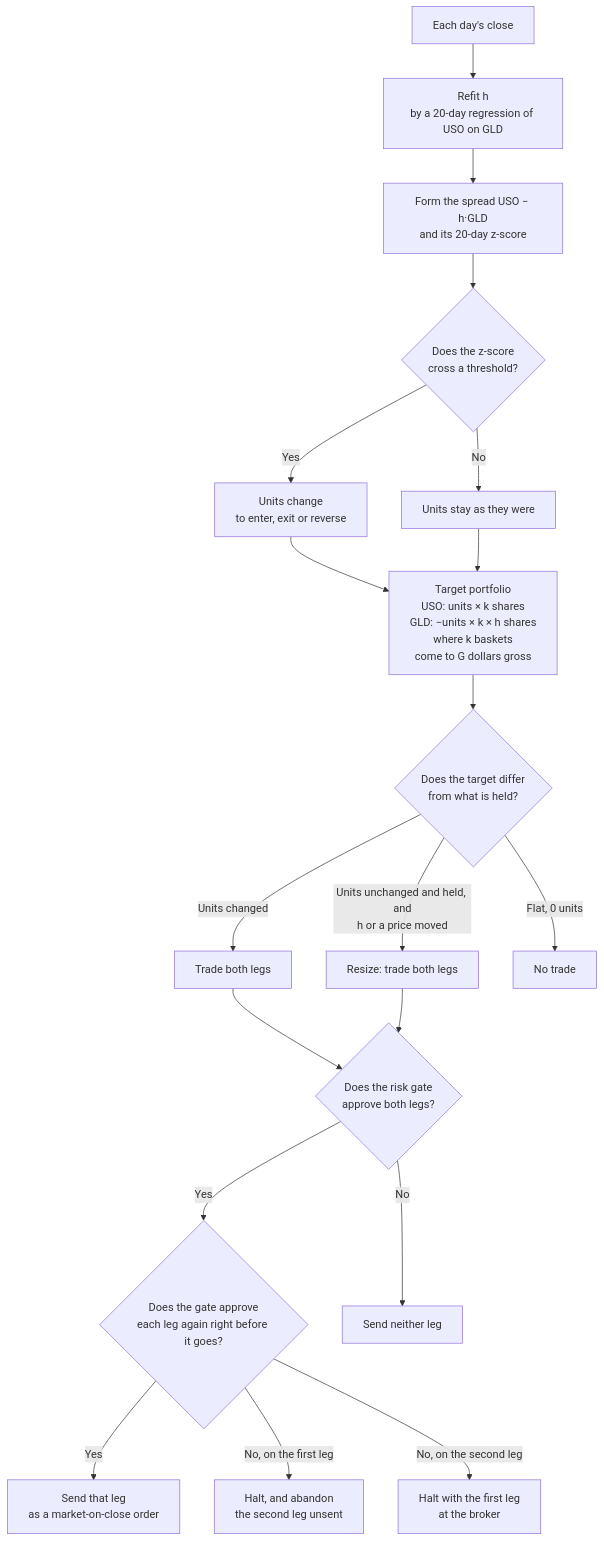
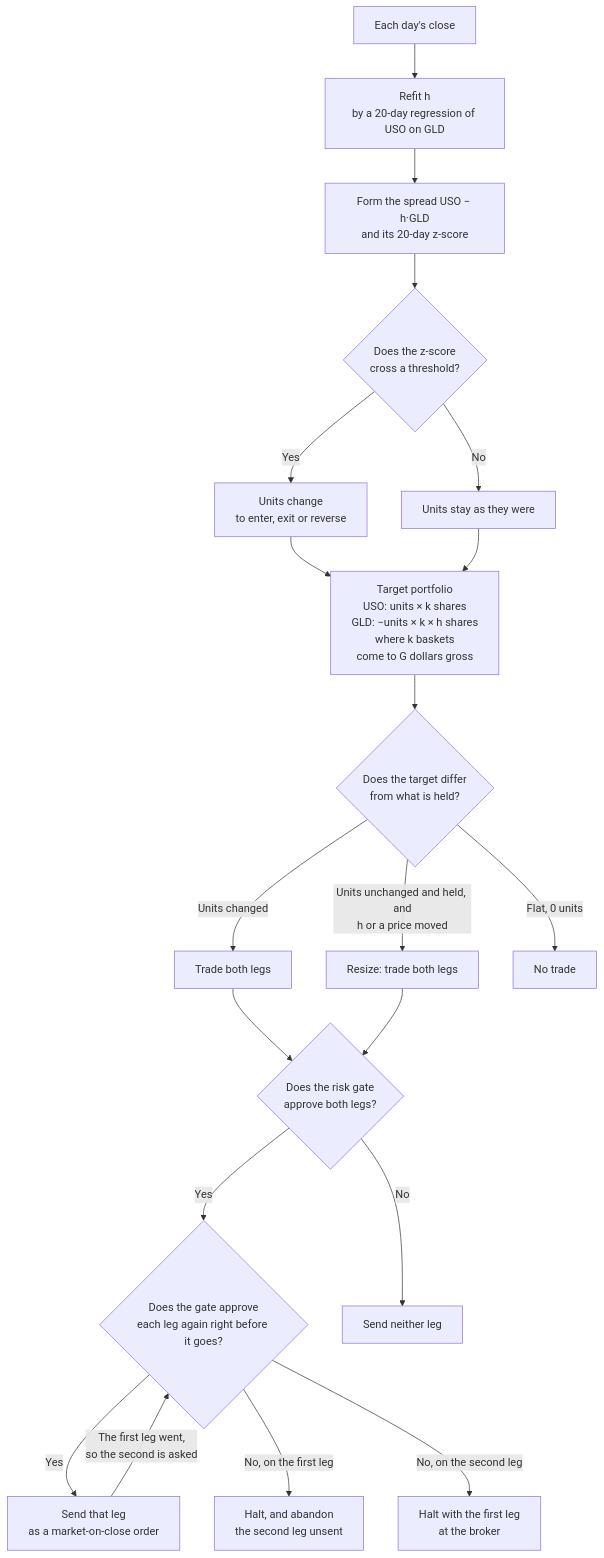
One commit to l3a0/ithildin-runtime changed the second of 2 diagrams in docs/architecture/01-introduction-and-goals.md. Above: the diagram before and after it, drawn with Mermaid. The commit also changed 3 other files, not shown here.

````diff
--- a/docs/architecture/01-introduction-and-goals.md
+++ b/docs/architecture/01-introduction-and-goals.md
@@ -79,21 +79,22 @@
 ```mermaid
 flowchart TD
     close["Each day's close"] --> fit["Refit h<br/>by a 20-day regression of USO on GLD"]
     fit --> z["Form the spread USO − h·GLD<br/>and its 20-day z-score"]
     z --> rule{"Does the z-score<br/>cross a threshold?"}
     rule -- "Yes" --> move["Units change<br/>to enter, exit or reverse"]
     rule -- "No" --> same["Units stay as they were"]
     move --> target["Target portfolio<br/>USO: units × k shares<br/>GLD: −units × k × h shares<br/>where k baskets<br/>come to G dollars gross"]
     same --> target
     target --> diff{"Does the target differ<br/>from what is held?"}
     diff -- "Units changed" --> trade["Trade both legs"]
     diff -- "Units unchanged and held, and<br/>h or a price moved" --> resize["Resize: trade both legs"]
     diff -- "Flat, 0 units" --> none["No trade"]
     trade --> gate{"Does the risk gate<br/>approve both legs?"}
     resize --> gate
     gate -- "Yes" --> again{"Does the gate approve<br/>each leg again right before it goes?"}
     gate -- "No" --> held["Send neither leg"]
     again -- "Yes" --> out["Send that leg<br/>as a market-on-close order"]
+    out -- "The first leg went,<br/>so the second is asked" --> again
     again -- "No, on the first leg" --> abandon["Halt, and abandon<br/>the second leg unsent"]
     again -- "No, on the second leg" --> lone["Halt with the first leg<br/>at the broker"]
 ```
````
